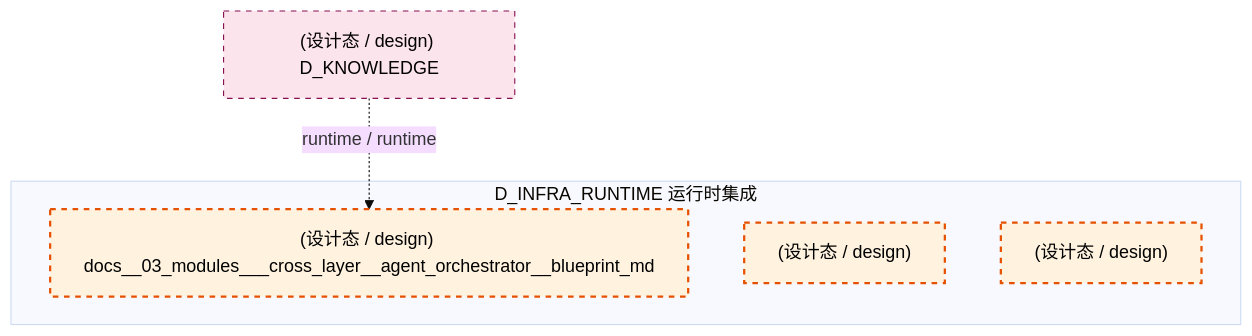
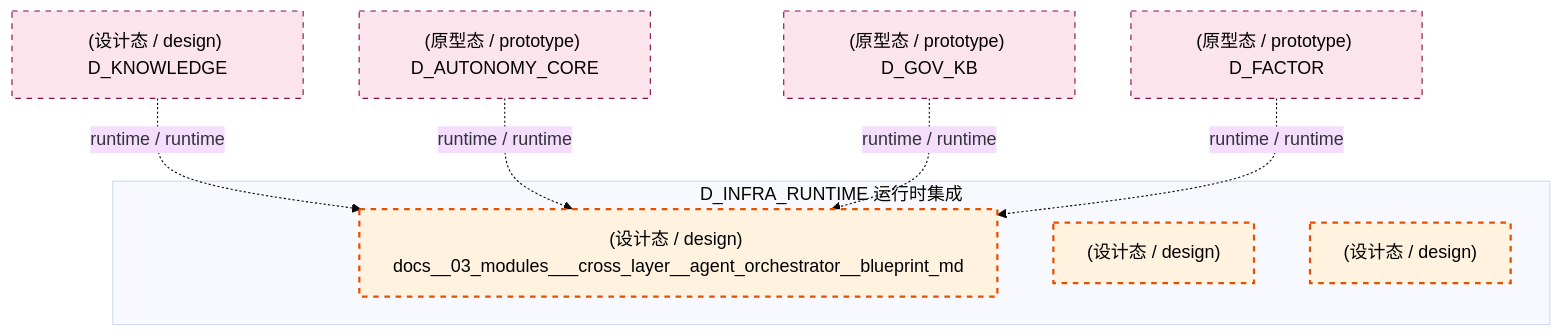
The tenth of 12 diagrams in docs/02_enterprise_architecture/02_domain_architecture_docs/04_d_infra_runtime.md (xuanFelixVan/ZephyrAlpha), drawn with Mermaid (base theme) before and after one commit. The commit also changed other lines of this file and 112 other files, not shown here.

````diff
--- a/docs/02_enterprise_architecture/02_domain_architecture_docs/04_d_infra_runtime.md
+++ b/docs/02_enterprise_architecture/02_domain_architecture_docs/04_d_infra_runtime.md
@@ -1386,16 +1389,22 @@
 ```mermaid
 graph TD
     subgraph D_INFRA_RUNTIME["D_INFRA_RUNTIME 运行时集成"]
         docs_03_modules_cross_layer_agent_orchestrator_blueprint_md["(设计态 / design) docs__03_modules___cross_layer__agent_orchestrator__blueprint_md"]
         docs_03_modules_cross_layer_shared_core_contracts_blueprint_md["(设计态 / design) "]
         docs_03_modules_cross_layer_shared_core_shared_infra_blueprint_md["(设计态 / design) "]
     end
     D_KNOWLEDGE["(设计态 / design) D_KNOWLEDGE"]
     D_KNOWLEDGE -.->|runtime / runtime| docs_03_modules_cross_layer_agent_orchestrator_blueprint_md
+    D_AUTONOMY_CORE["(原型态 / prototype) D_AUTONOMY_CORE"]
+    D_AUTONOMY_CORE -.->|runtime / runtime| docs_03_modules_cross_layer_agent_orchestrator_blueprint_md
+    D_GOV_KB["(原型态 / prototype) D_GOV_KB"]
+    D_GOV_KB -.->|runtime / runtime| docs_03_modules_cross_layer_agent_orchestrator_blueprint_md
+    D_FACTOR["(原型态 / prototype) D_FACTOR"]
+    D_FACTOR -.->|runtime / runtime| docs_03_modules_cross_layer_agent_orchestrator_blueprint_md
     classDef production fill:#e1f5fe,stroke:#01579b,stroke-width:2px,color:#000
     classDef design fill:#fff3e0,stroke:#e65100,stroke-width:2px,color:#000,stroke-dasharray: 5 5
     classDef external_prod fill:#e8f5e9,stroke:#1b5e20,stroke-width:1px,color:#000
     classDef external_design fill:#fce4ec,stroke:#880e4f,stroke-width:1px,color:#000,stroke-dasharray: 5 5
     class docs_03_modules_cross_layer_agent_orchestrator_blueprint_md,docs_03_modules_cross_layer_shared_core_contracts_blueprint_md,docs_03_modules_cross_layer_shared_core_shared_infra_blueprint_md design
-    class D_KNOWLEDGE external_design
+    class D_KNOWLEDGE,D_AUTONOMY_CORE,D_GOV_KB,D_FACTOR external_design
 ```
````
